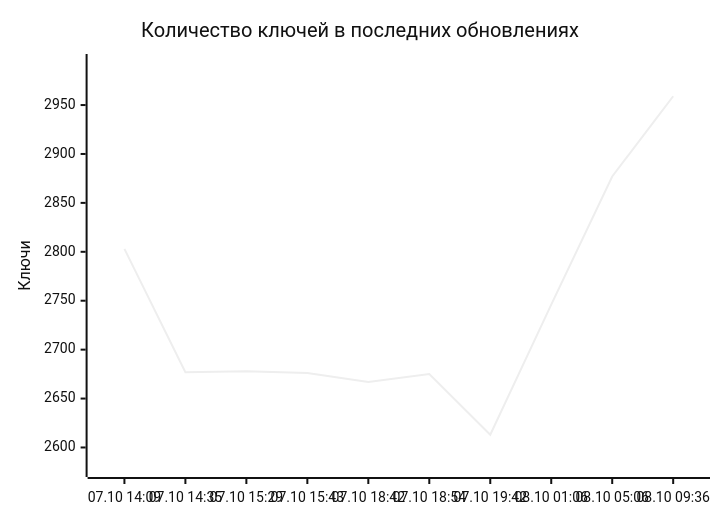
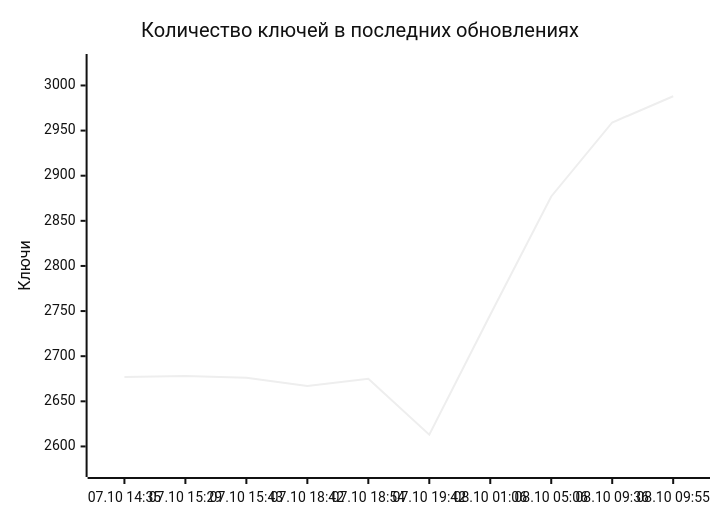
Before and after one commit to markKikhtenko/WireVeil: the diagram in README.md, drawn with Mermaid (neutral theme). The commit also changed other lines of this file and 11 other files, not shown here.

````diff
--- a/README.md
+++ b/README.md
@@ -55,7 +55,7 @@
 ```mermaid
 xychart-beta
     title "Количество ключей в последних обновлениях"
-    x-axis ["07.10 14:09", "07.10 14:35", "07.10 15:29", "07.10 15:43", "07.10 18:42", "07.10 18:54", "07.10 19:42", "08.10 01:06", "08.10 05:06", "08.10 09:36"]
-    y-axis "Ключи" 2578 --> 2994
-    line [2803, 2677, 2678, 2676, 2667, 2675, 2613, 2746, 2877, 2959]
+    x-axis ["07.10 14:35", "07.10 15:29", "07.10 15:43", "07.10 18:42", "07.10 18:54", "07.10 19:42", "08.10 01:06", "08.10 05:06", "08.10 09:36", "08.10 09:55"]
+    y-axis "Ключи" 2575 --> 3026
+    line [2677, 2678, 2676, 2667, 2675, 2613, 2746, 2877, 2959, 2988]
 ```
````
